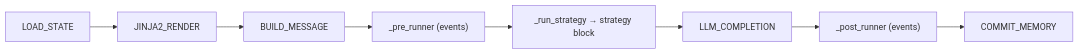
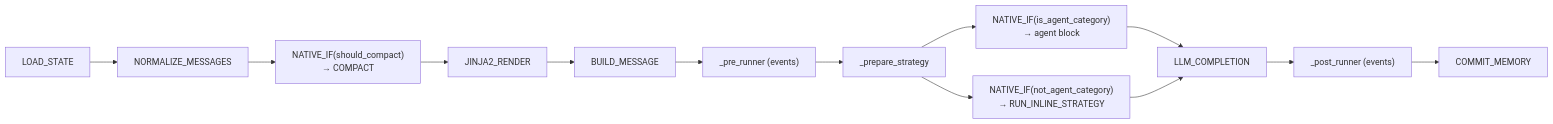
Before and after one commit to AmritaBot/AmritaCore: the first of 2 diagrams in docs/docs/guide/advanced/workflow-engine.md, drawn with Mermaid. The commit also changed other lines of this file and 239 other files, not shown here.

````diff
--- a/docs/docs/guide/advanced/workflow-engine.md
+++ b/docs/docs/guide/advanced/workflow-engine.md
@@ -10,10 +10,15 @@
 ```mermaid
 flowchart LR
-    A["LOAD_STATE"] --> B["JINJA2_RENDER"]
+    A["LOAD_STATE"] --> N["NORMALIZE_MESSAGES"]
+    N --> Q["NATIVE_IF(should_compact)<br/>→ COMPACT"]
+    Q --> B["JINJA2_RENDER"]
     B --> C["BUILD_MESSAGE"]
     C --> D["_pre_runner (events)"]
-    D --> E["_run_strategy → strategy block"]
+    D --> P["_prepare_strategy"]
+    P --> E["NATIVE_IF(is_agent_category)<br/>→ agent block"]
+    P --> E2["NATIVE_IF(not_agent_category)<br/>→ RUN_INLINE_STRATEGY"]
     E --> F["LLM_COMPLETION"]
+    E2 --> F
     F --> G["_post_runner (events)"]
     G --> H["COMMIT_MEMORY"]
 ```
````
